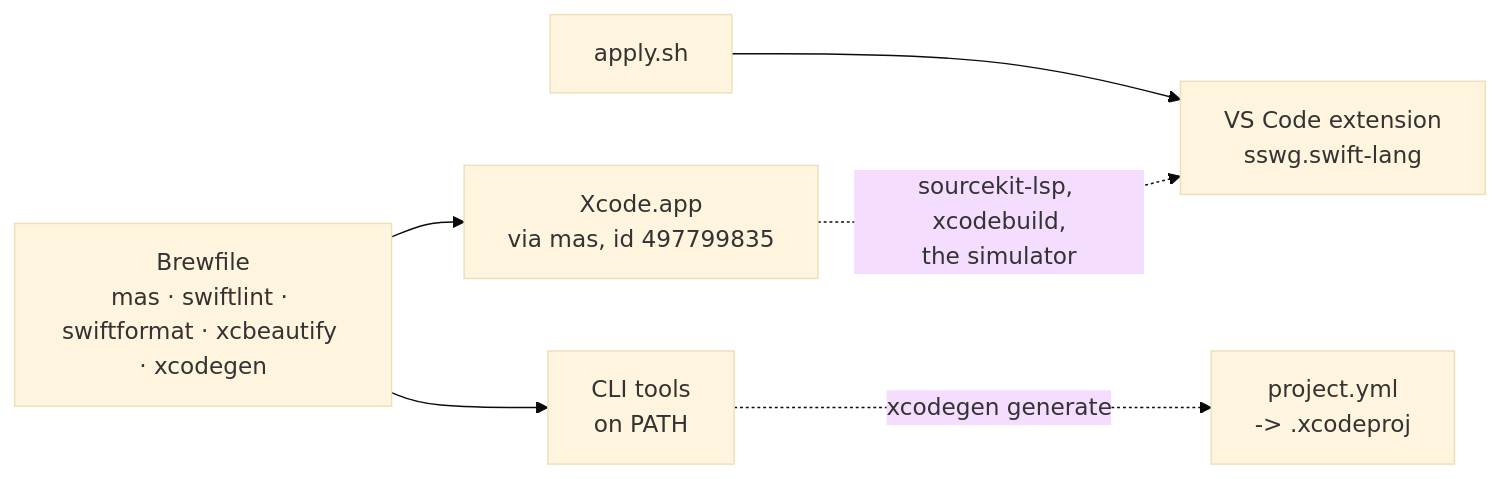
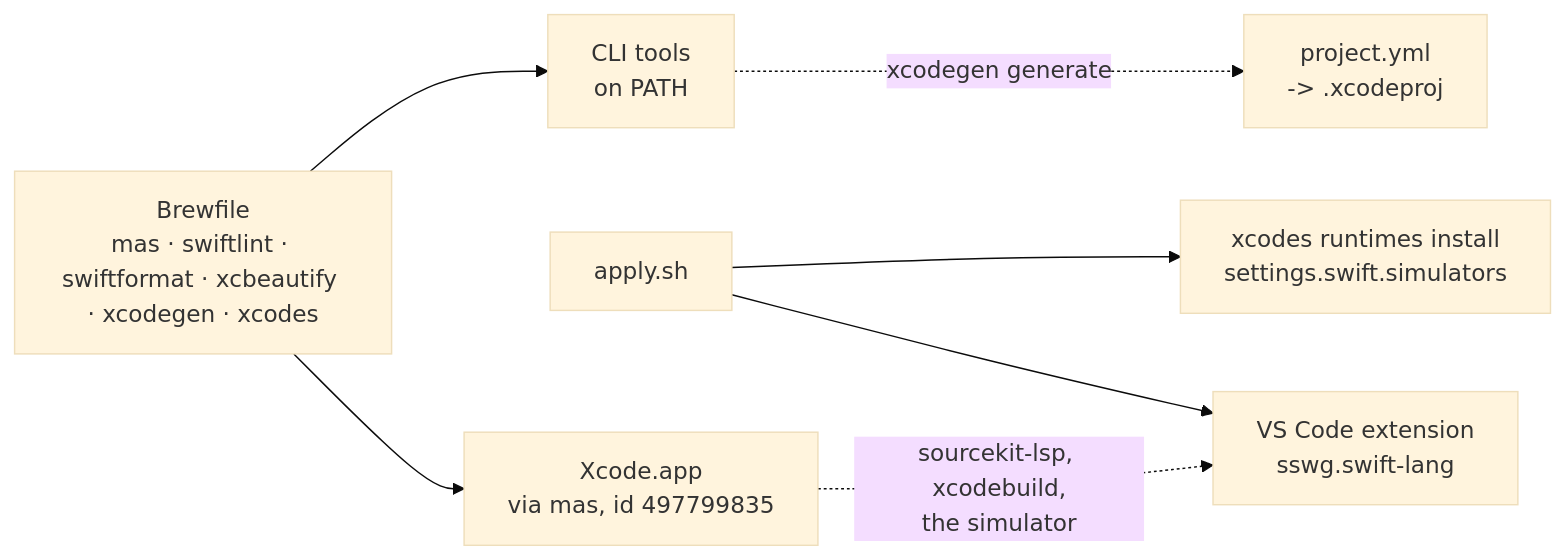
The diagram in modules/swift/README.md (martinzachariassen/dotfiles), drawn with Mermaid (base theme) before and after one commit. The commit also changed other lines of this file and 8 other files, not shown here.

First line of the commit message:
feat(swift): install configured iOS simulator runtimes

````diff
--- a/modules/swift/README.md
+++ b/modules/swift/README.md
@@ -10,8 +10,9 @@
 ```mermaid
 flowchart LR
-  B["Brewfile<br/>mas · swiftlint · swiftformat · xcbeautify · xcodegen"] --> X["Xcode.app<br/>via mas, id 497799835"]
+  B["Brewfile<br/>mas · swiftlint · swiftformat · xcbeautify · xcodegen · xcodes"] --> X["Xcode.app<br/>via mas, id 497799835"]
   B --> T["CLI tools<br/>on PATH"]
   A["apply.sh"] --> E["VS Code extension<br/>sswg.swift-lang"]
+  A --> S["xcodes runtimes install<br/>settings.swift.simulators"]
   X -. "sourcekit-lsp, xcodebuild,<br/>the simulator" .-> E
   T -. "xcodegen generate" .-> P["project.yml<br/>-> .xcodeproj"]
 ```
````
